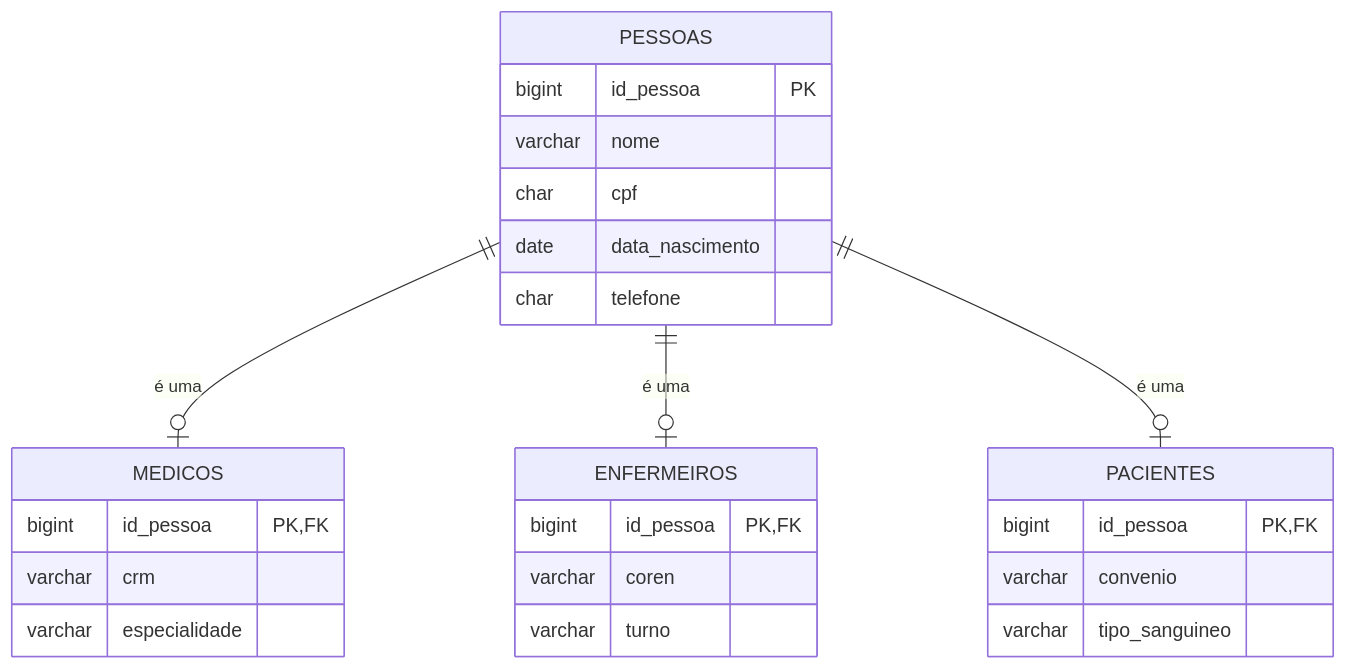
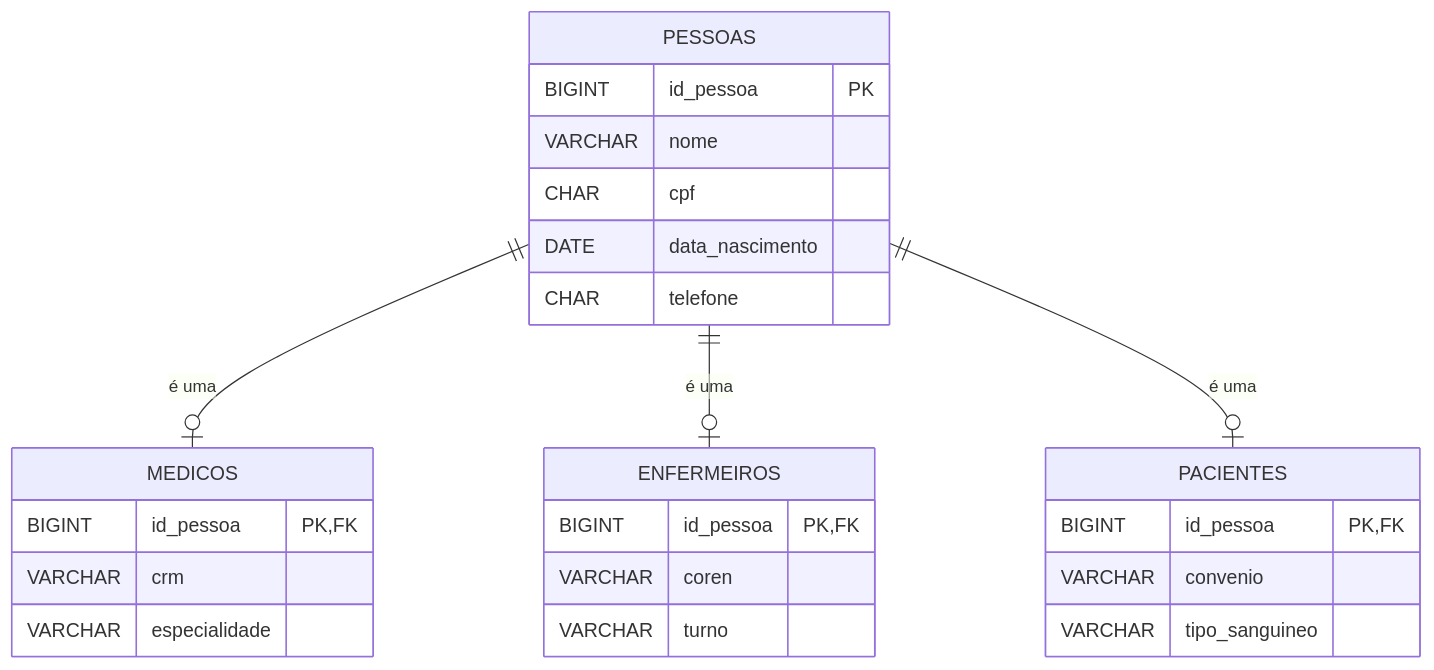
One commit to DSM-Fatec-Jahu/BDR-DSM-2026-2 changed diagram 11 of 20 in docs/aulas/Aula_01_Revisao_Modelagem_Conceitual.md. Above: the diagram before and after it, drawn with Mermaid. The commit also changed other lines of this file and 2 other files, not shown here.

First line of the commit message:
Padroniza tipos SQL em MAIÚSCULAS nos diagramas (Regra 3)

````diff
--- a/docs/aulas/Aula_01_Revisao_Modelagem_Conceitual.md
+++ b/docs/aulas/Aula_01_Revisao_Modelagem_Conceitual.md
@@ -522,32 +522,32 @@
 ```mermaid
 erDiagram
     PESSOAS {
-        bigint id_pessoa PK
-        varchar nome
-        char cpf
-        date data_nascimento
-        char telefone
+        BIGINT id_pessoa PK
+        VARCHAR nome
+        CHAR cpf
+        DATE data_nascimento
+        CHAR telefone
     }
 
     MEDICOS {
-        bigint id_pessoa PK, FK
-        varchar crm
-        varchar especialidade
+        BIGINT id_pessoa PK, FK
+        VARCHAR crm
+        VARCHAR especialidade
     }
 
     ENFERMEIROS {
-        bigint id_pessoa PK, FK
-        varchar coren
-        varchar turno
+        BIGINT id_pessoa PK, FK
+        VARCHAR coren
+        VARCHAR turno
     }
 
     PACIENTES {
-        bigint id_pessoa PK, FK
-        varchar convenio
-        varchar tipo_sanguineo
+        BIGINT id_pessoa PK, FK
+        VARCHAR convenio
+        VARCHAR tipo_sanguineo
     }
 
     PESSOAS ||--o| MEDICOS      : "é uma"
     PESSOAS ||--o| ENFERMEIROS  : "é uma"
     PESSOAS ||--o| PACIENTES    : "é uma"
 ```
````
